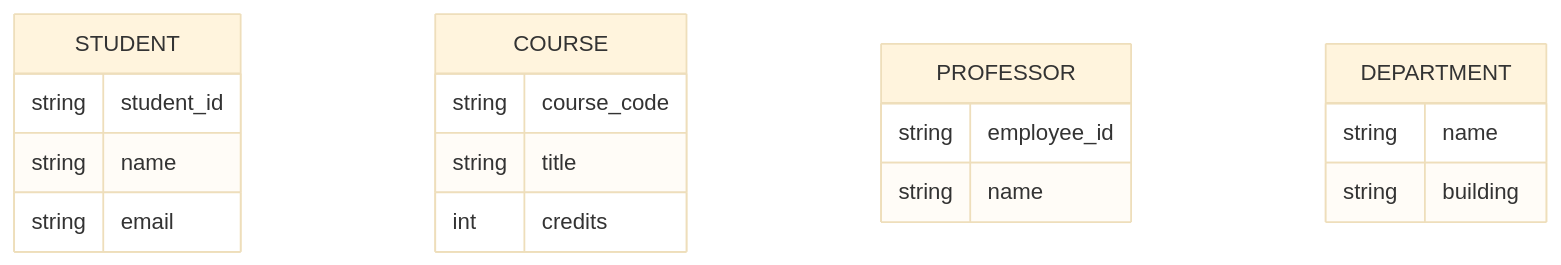
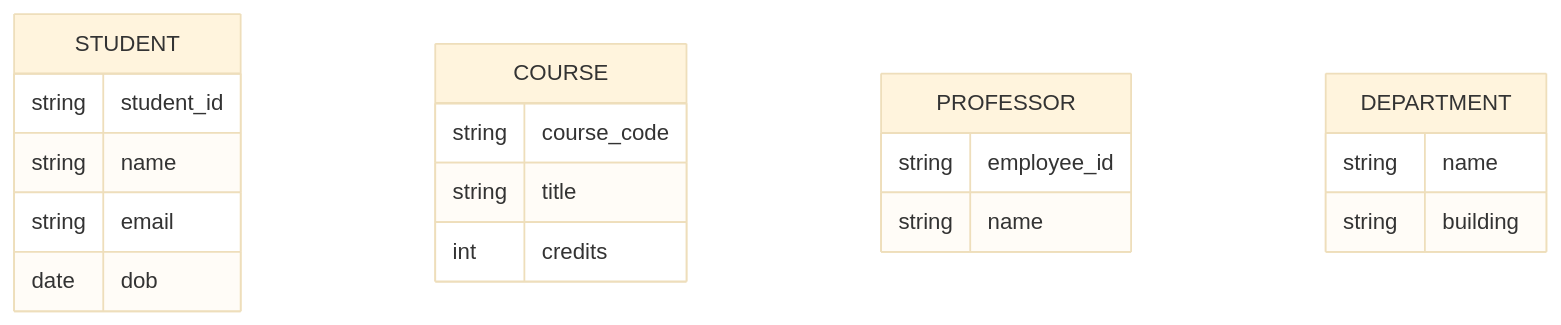
The second of 8 diagrams in week_02/w02_l03_lab_er_diagramming.md (devomh/comp4098-2026), drawn with Mermaid (base theme) before and after one commit. The commit also changed other lines of this file and 7 other files, not shown here.

````diff
--- a/week_02/w02_l03_lab_er_diagramming.md
+++ b/week_02/w02_l03_lab_er_diagramming.md
@@ -48,21 +48,22 @@
 ```mermaid
 erDiagram
     STUDENT {
         string student_id
         string name
         string email
+        date dob
     }
     COURSE {
         string course_code
         string title
         int credits
     }
     PROFESSOR {
         string employee_id
         string name
     }
     DEPARTMENT {
         string name
         string building
     }
 ```
````
